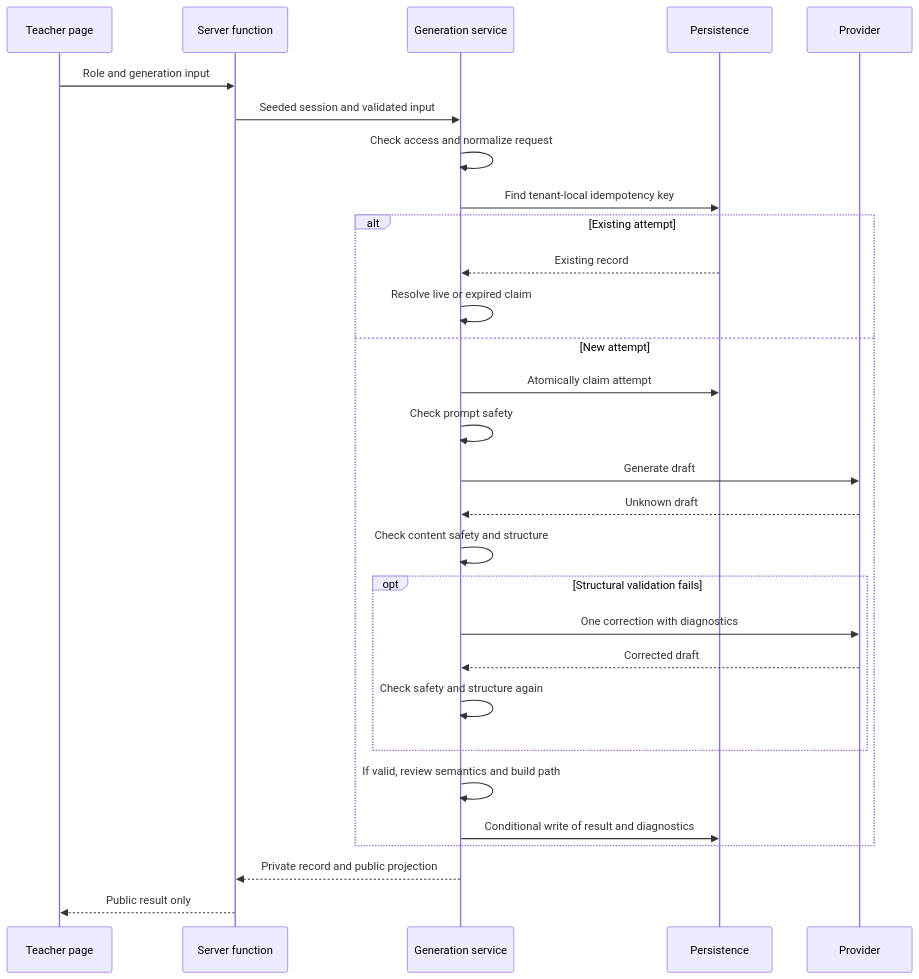
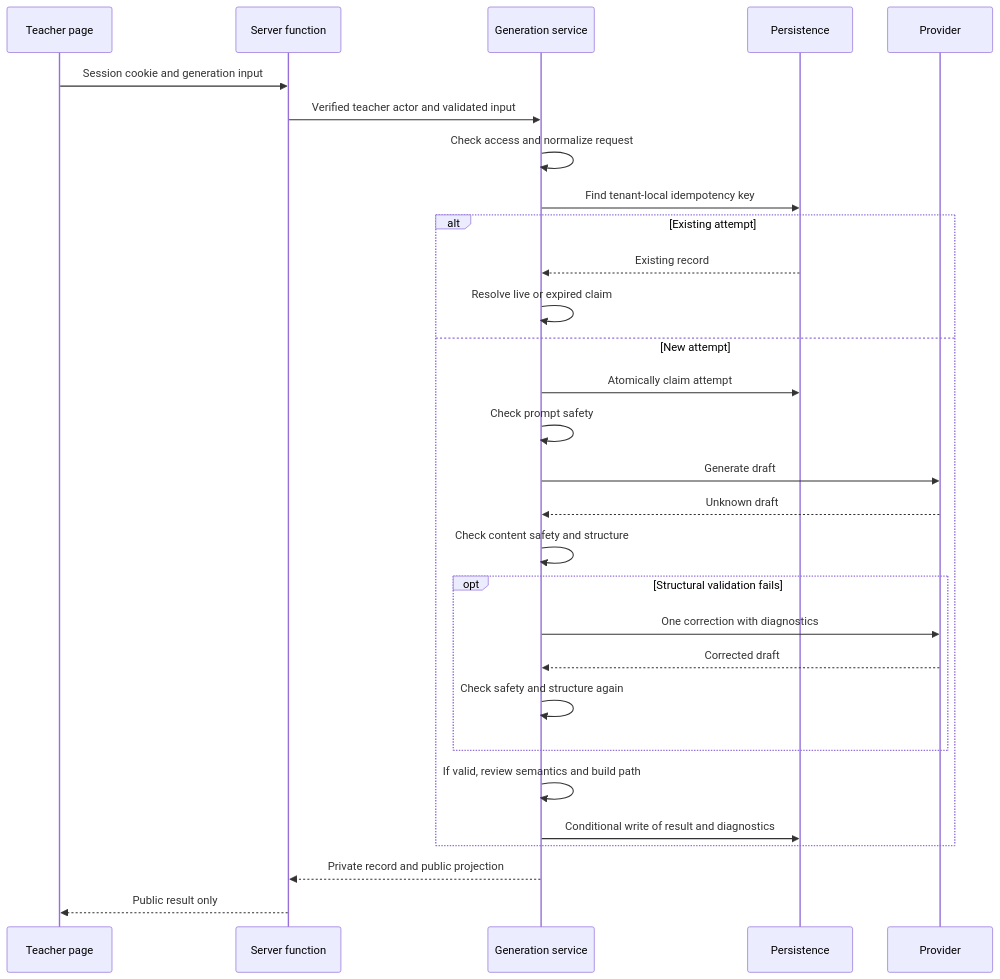
The third of 3 diagrams in ARCHITECTURE.md (abodacs/edu-canvas), drawn with Mermaid before and after one commit. The commit also changed other lines of this file and 1 other file, not shown here.

First line of the commit message:
docs: re-baseline the architecture map and setup guide

````diff
--- a/ARCHITECTURE.md
+++ b/ARCHITECTURE.md
@@ -273,31 +283,31 @@
 ```mermaid
 sequenceDiagram
     participant UI as Teacher page
     participant Fn as Server function
     participant Service as Generation service
     participant Store as Persistence
     participant Model as Provider
-    UI->>Fn: Role and generation input
-    Fn->>Service: Seeded session and validated input
+    UI->>Fn: Session cookie and generation input
+    Fn->>Service: Verified teacher actor and validated input
     Service->>Service: Check access and normalize request
     Service->>Store: Find tenant-local idempotency key
     alt Existing attempt
         Store-->>Service: Existing record
         Service->>Service: Resolve live or expired claim
     else New attempt
         Service->>Store: Atomically claim attempt
         Service->>Service: Check prompt safety
         Service->>Model: Generate draft
         Model-->>Service: Unknown draft
         Service->>Service: Check content safety and structure
         opt Structural validation fails
             Service->>Model: One correction with diagnostics
             Model-->>Service: Corrected draft
             Service->>Service: Check safety and structure again
         end
         Service->>Service: If valid, review semantics and build path
         Service->>Store: Conditional write of result and diagnostics
     end
     Service-->>Fn: Private record and public projection
     Fn-->>UI: Public result only
 ```
````
